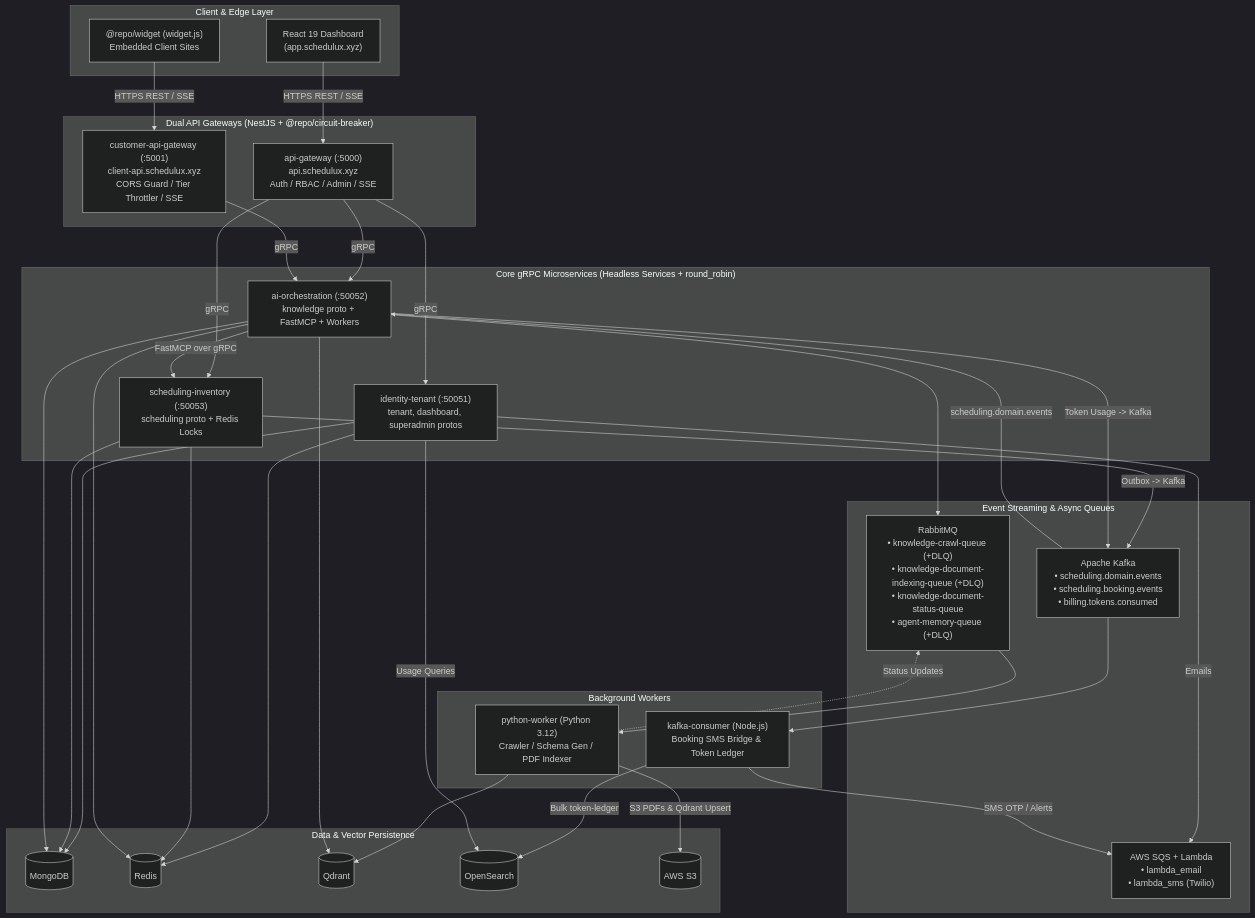
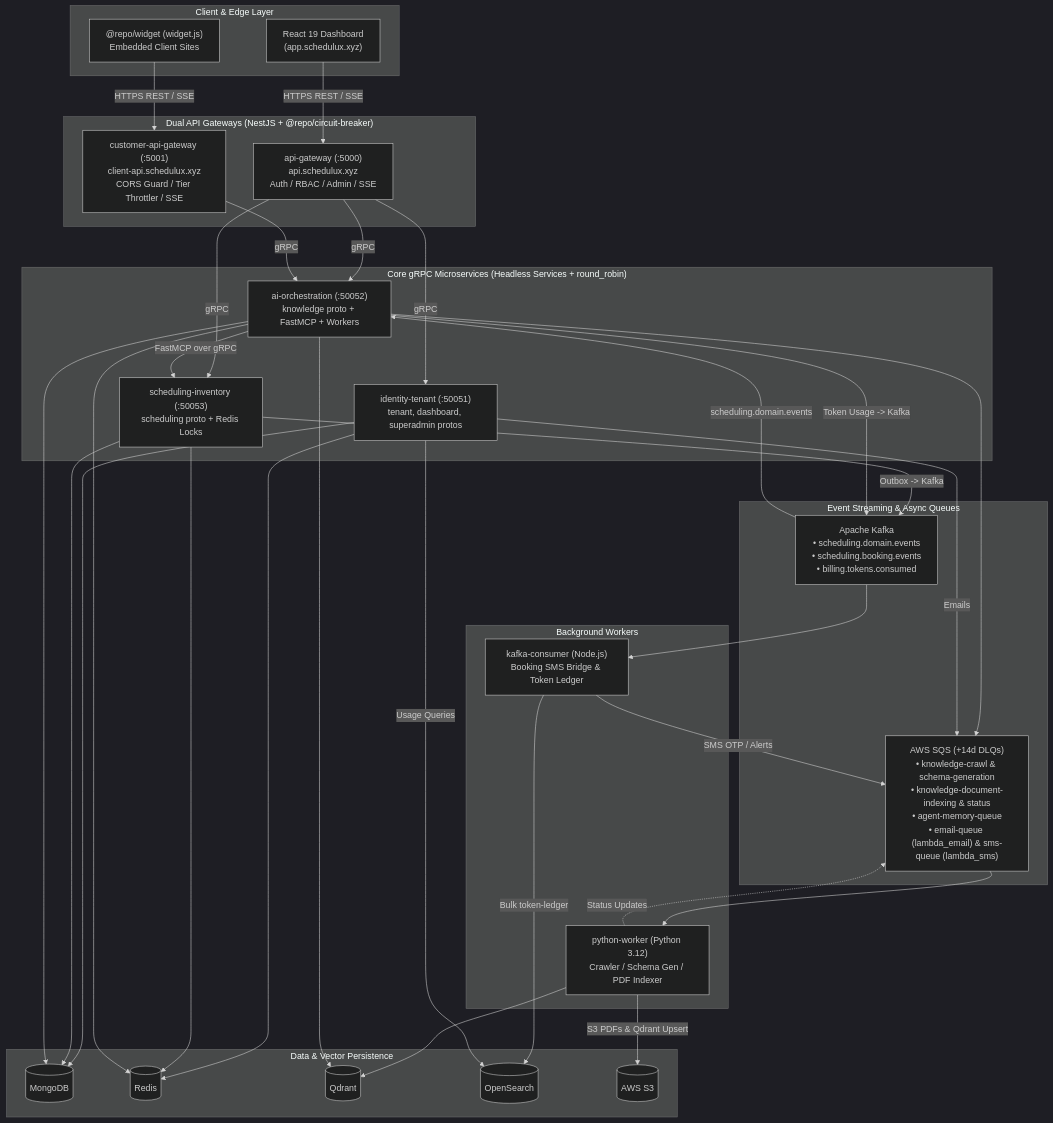
The diagram in docs/microservices.md (cjmatrix/Schedulux), drawn with Mermaid (dark theme) before and after one commit. The commit also changed other lines of this file and 8 other files, not shown here.

````diff
--- a/docs/microservices.md
+++ b/docs/microservices.md
@@ -9,70 +9,69 @@
 ```mermaid
 flowchart TB
     subgraph Edge["Client & Edge Layer"]
         Dashboard["React 19 Dashboard\n(app.schedulux.xyz)"]
         Widget["@repo/widget (widget.js)\nEmbedded Client Sites"]
     end
 
     subgraph Gateways["Dual API Gateways (NestJS + @repo/circuit-breaker)"]
         APIGW["api-gateway (:5000)\napi.schedulux.xyz\nAuth / RBAC / Admin / SSE"]
         CustGW["customer-api-gateway (:5001)\nclient-api.schedulux.xyz\nCORS Guard / Tier Throttler / SSE"]
     end
 
     subgraph Mesh["Core gRPC Microservices (Headless Services + round_robin)"]
         Identity["identity-tenant (:50051)\ntenant, dashboard, superadmin protos"]
         AI["ai-orchestration (:50052)\nknowledge proto + FastMCP + Workers"]
         Sched["scheduling-inventory (:50053)\nscheduling proto + Redis Locks"]
     end
 
     subgraph Bus["Event Streaming & Async Queues"]
         Kafka["Apache Kafka\n• scheduling.domain.events\n• scheduling.booking.events\n• billing.tokens.consumed"]
-        RMQ["RabbitMQ\n• knowledge-crawl-queue (+DLQ)\n• knowledge-document-indexing-queue (+DLQ)\n• knowledge-document-status-queue\n• agent-memory-queue (+DLQ)"]
-        SQS["AWS SQS + Lambda\n• lambda_email\n• lambda_sms (Twilio)"]
+        SQS["AWS SQS (+14d DLQs)\n• knowledge-crawl & schema-generation\n• knowledge-document-indexing & status\n• agent-memory-queue\n• email-queue (lambda_email) & sms-queue (lambda_sms)"]
     end
 
     subgraph Workers["Background Workers"]
         PyWorker["python-worker (Python 3.12)\nCrawler / Schema Gen / PDF Indexer"]
         KafkaWorker["kafka-consumer (Node.js)\nBooking SMS Bridge & Token Ledger"]
     end
 
     subgraph Stores["Data & Vector Persistence"]
         Mongo[("MongoDB")]
         Redis[("Redis")]
         Qdrant[("Qdrant")]
         OS[("OpenSearch")]
         S3[("AWS S3")]
     end
 
     Dashboard -->|"HTTPS REST / SSE"| APIGW
     Widget -->|"HTTPS REST / SSE"| CustGW
 
     APIGW -->|"gRPC"| Identity
     APIGW -->|"gRPC"| AI
     APIGW -->|"gRPC"| Sched
     CustGW -->|"gRPC"| AI
     AI -->|"FastMCP over gRPC"| Sched
 
     Sched -->|"Outbox -> Kafka"| Kafka
     AI -->|"Token Usage -> Kafka"| Kafka
     Kafka -->|"scheduling.domain.events"| AI
     Kafka --> KafkaWorker
 
-    AI --> RMQ
+    AI --> SQS
     Identity -->|"Emails"| SQS
     KafkaWorker -->|"SMS OTP / Alerts"| SQS
     KafkaWorker -->|"Bulk token-ledger"| OS
 
-    RMQ --> PyWorker
+    SQS --> PyWorker
     PyWorker -->|"S3 PDFs & Qdrant Upsert"| S3
     PyWorker --> Qdrant
-    PyWorker -.->|"Status Updates"| RMQ
+    PyWorker -.->|"Status Updates"| SQS
 
     Identity --> Mongo
     Identity --> Redis
     Identity -->|"Usage Queries"| OS
     Sched --> Mongo
     Sched --> Redis
     AI --> Mongo
     AI --> Redis
     AI --> Qdrant
 ```
````
